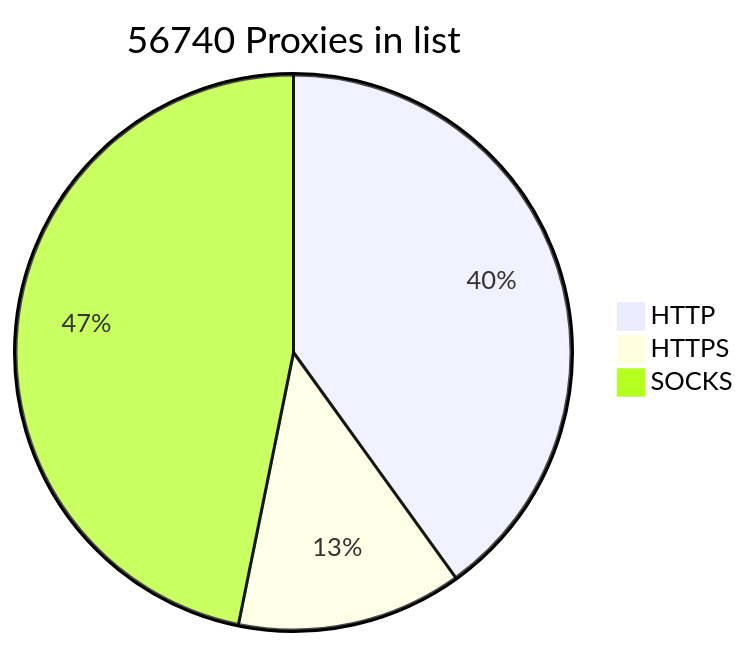
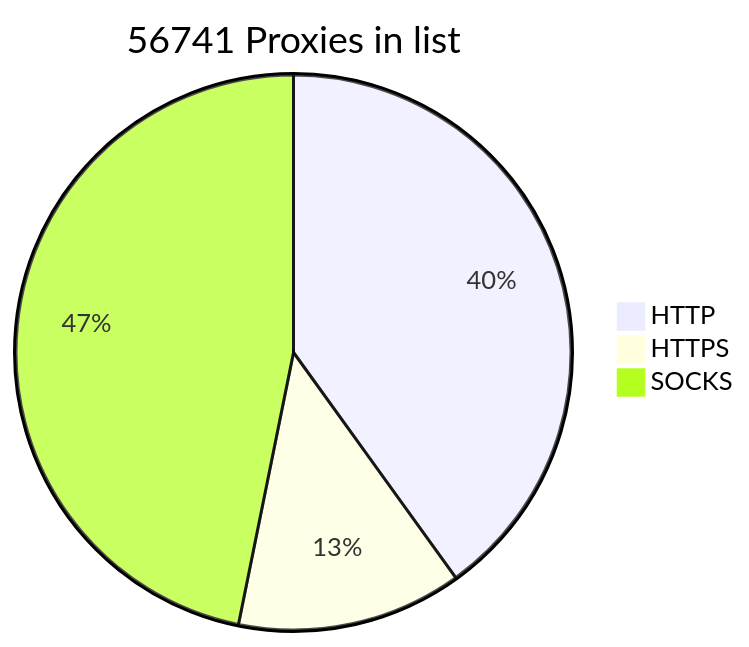
Before and after one commit to BlackSnowDot/proxylist-update-every-minute: the diagram in README.md, drawn with Mermaid.

````diff
--- a/README.md
+++ b/README.md
@@ -2,6 +2,6 @@
 ```mermaid
-pie title 56740 Proxies in list
+pie title 56741 Proxies in list
     "HTTP" : 25560
     "HTTPS": 8368
-    "SOCKS" : 29869
+    "SOCKS" : 29870
 ```
````
